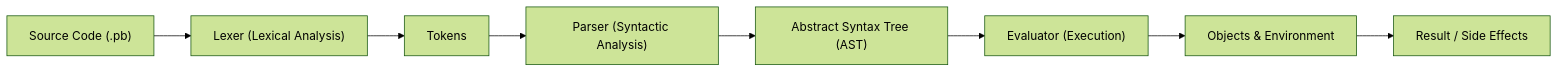
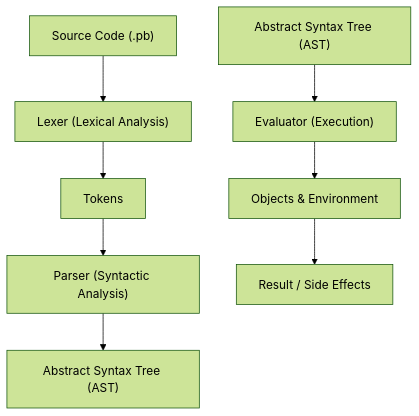
One commit to Pannagaperumal/Pebble changed the diagram in README.md. Above: the diagram before and after it, drawn with Mermaid (forest theme).

Commit message:
Restore Architecture section in README
Reintroduced the Architecture section with updated mermaid diagram.

````diff
--- a/README.md
+++ b/README.md
@@ -9,10 +25,10 @@
 ```mermaid
-graph LR
+graph TD
     Source["Source Code (.pb)"] --> Lexer["Lexer (Lexical Analysis)"]
     Lexer --> Tokens["Tokens"]
     Tokens --> Parser["Parser (Syntactic Analysis)"]
     Parser --> AST["Abstract Syntax Tree (AST)"]
-    AST --> Evaluator["Evaluator (Execution)"]
+    AS["Abstract Syntax Tree (AST)"] --> Evaluator["Evaluator (Execution)"]
     Evaluator --> Objects["Objects & Environment"]
     Objects --> Output["Result / Side Effects"]
 ```
````
